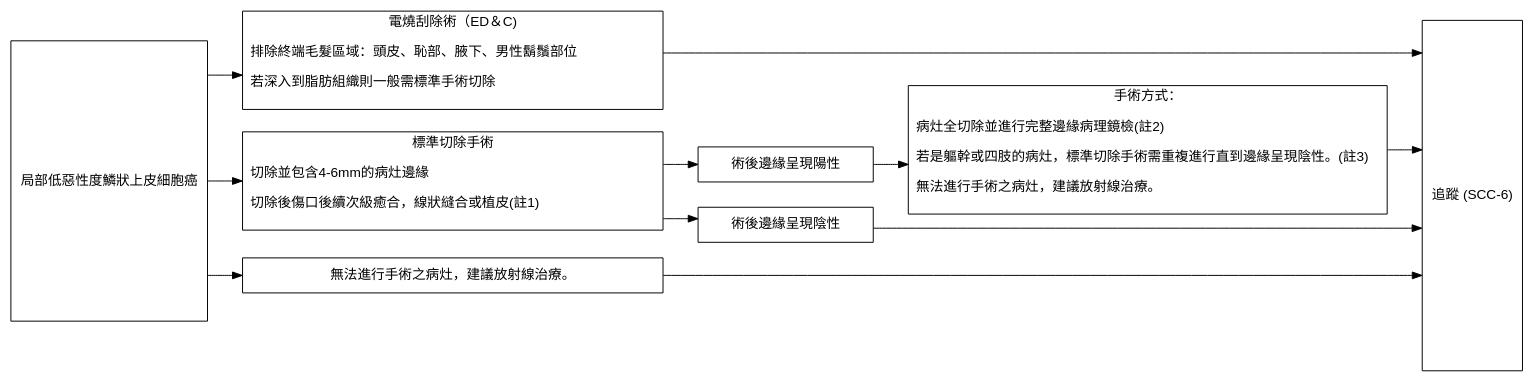
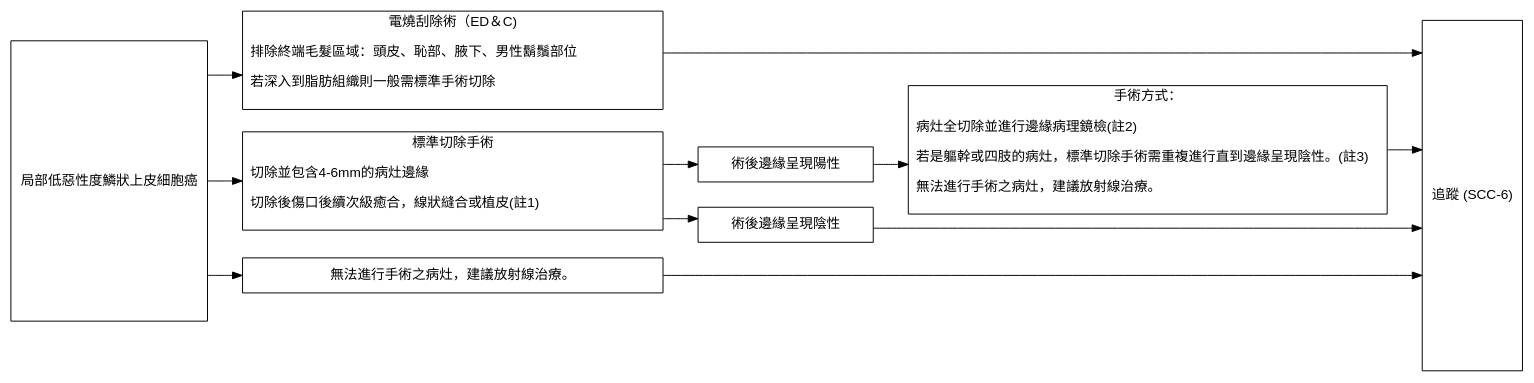
One commit to gnayyc/SkinCancerGuidelineDiagram changed the diagram in SCC.2.gv. Above: the diagram before and after it, drawn with Graphviz. The commit also changed 4 other files, not shown here.

```diff
--- a/SCC.2.gv
+++ b/SCC.2.gv
@@ -1,36 +1,36 @@
 digraph {
   graph [rankdir = LR; splines=ortho; overlap=false]
   node [shape = box, fontname = Helvetica]
 
   low -> {tx1 tx2 tx3}
          tx1 -> fu
          tx2 -> bo1 -> tx21 -> fu
          tx2 -> bo0 -> fu
          tx3 -> fu
-         
+
   low [label = 局部低惡性度鱗狀上皮細胞癌; height=4]
   tx1 [label = "電燒刮除術（ED＆C)\n
 排除終端毛髮區域：頭皮、恥部、腋下、男性鬍鬚部位\l
 若深入到脂肪組織則一般需標準手術切除\l
-"; 
+";
 width = 6]
   tx2 [label = "標準切除手術\n
 切除並包含4-6mm的病灶邊緣\l
 切除後傷口後續次級癒合，線狀縫合或植皮(註1)\l
-"; 
+";
 width = 6]
   tx21 [label = "手術方式：\n
-病灶全切除並進行完整邊緣病理鏡檢(註2)\l
+病灶全切除並進行邊緣病理鏡檢(註2)\l
 若是軀幹或四肢的病灶，標準切除手術需重複進行直到邊緣呈現陰性。(註3)\l
 無法進行手術之病灶，建議放射線治療。\l
 "]
   tx3 [label = "無法進行手術之病灶，建議放射線治療。"; width = 6]
   bo0 [label = "術後邊緣呈現陰性"; width=2.5]
   bo1 [label = "術後邊緣呈現陽性"; width=2.5]
   fu [label = "追蹤 (SCC-6)"; height=5]
-  
+
   {rank = same; tx1; tx2; tx3}
   {rank = same; bo0; bo1}
-  
+
 
 }
```
